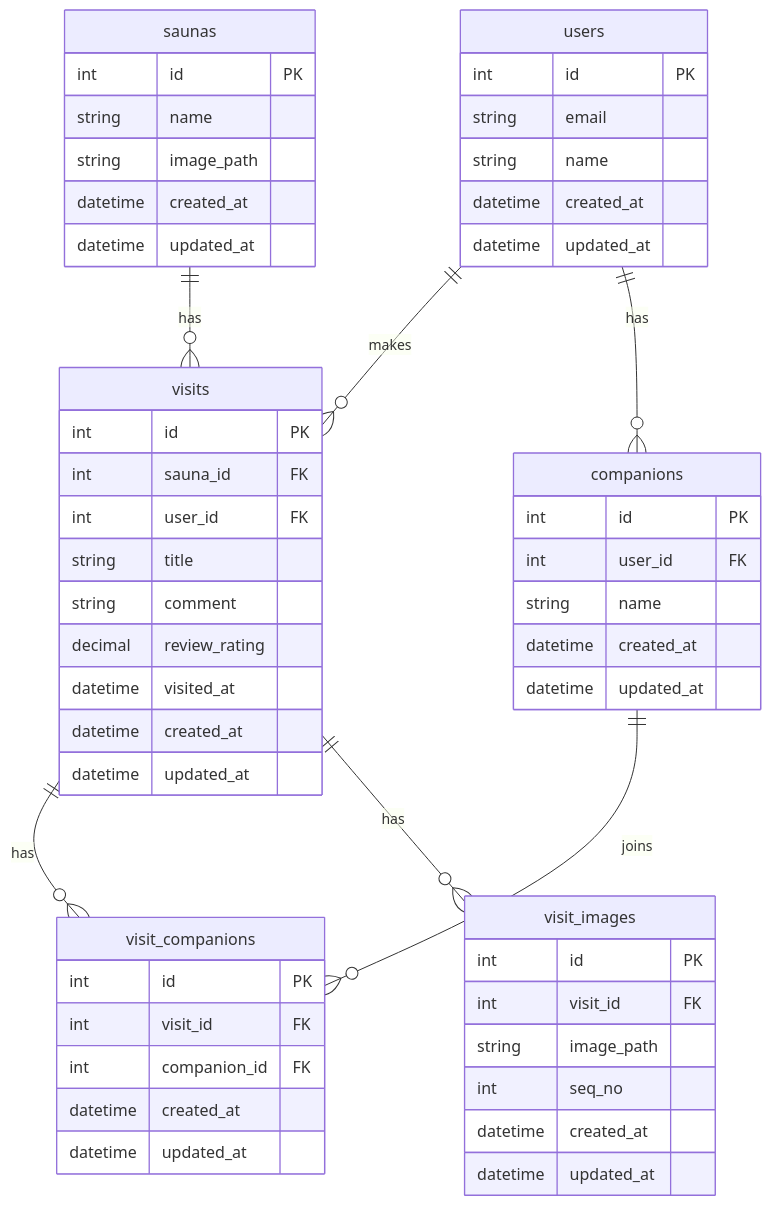
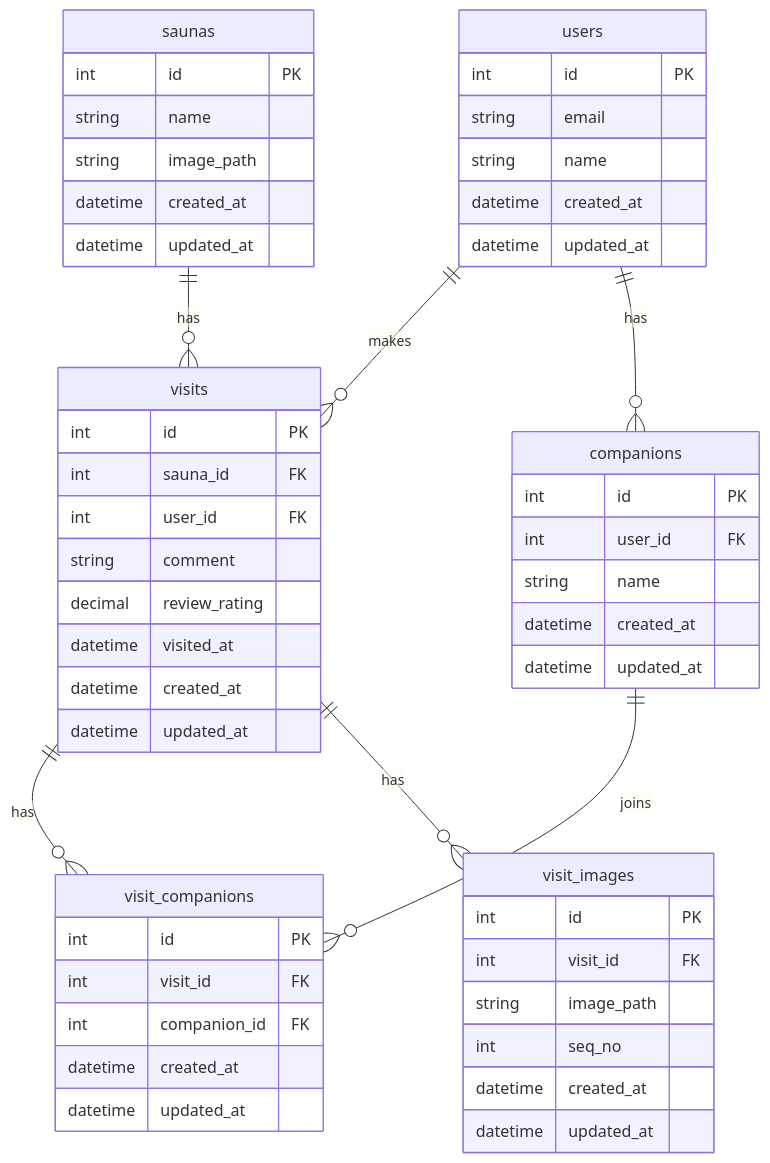
One commit to mikuta001/sauna-memories-app changed the diagram in doc/ERD /ERD.md. Above: the diagram before and after it, drawn with Mermaid.

Commit message:
ERD修正

````diff
--- a/doc/ERD /ERD.md
+++ b/doc/ERD /ERD.md
@@ -1,64 +1,63 @@
 ```mermaid
 erDiagram
 
   visits {
     int id PK
     int sauna_id FK
     int user_id FK
-    string title
     string comment
     decimal review_rating
     datetime visited_at
     datetime created_at
     datetime updated_at
   }
 
   visit_companions {
     int id PK
     int visit_id FK
     int companion_id FK
     datetime created_at
     datetime updated_at
   }
 
   visit_images {
     int id PK
     int visit_id FK
     string image_path
     int seq_no
     datetime created_at
     datetime updated_at
   }
 
   saunas {
     int id PK
     string name
     string image_path
     datetime created_at
     datetime updated_at
   }
 
   companions {
     int id PK
     int user_id FK
     string name
     datetime created_at
     datetime updated_at
   }
 
   users {
     int id PK
     string email
     string name
     datetime created_at
     datetime updated_at
   }
 
   users ||--o{ visits : makes
   saunas ||--o{ visits : has
   visits ||--o{ visit_companions : has
   visits ||--o{ visit_images : has
   companions ||--o{ visit_companions : joins
   users ||--o{ companions : has
 
 ```
````
